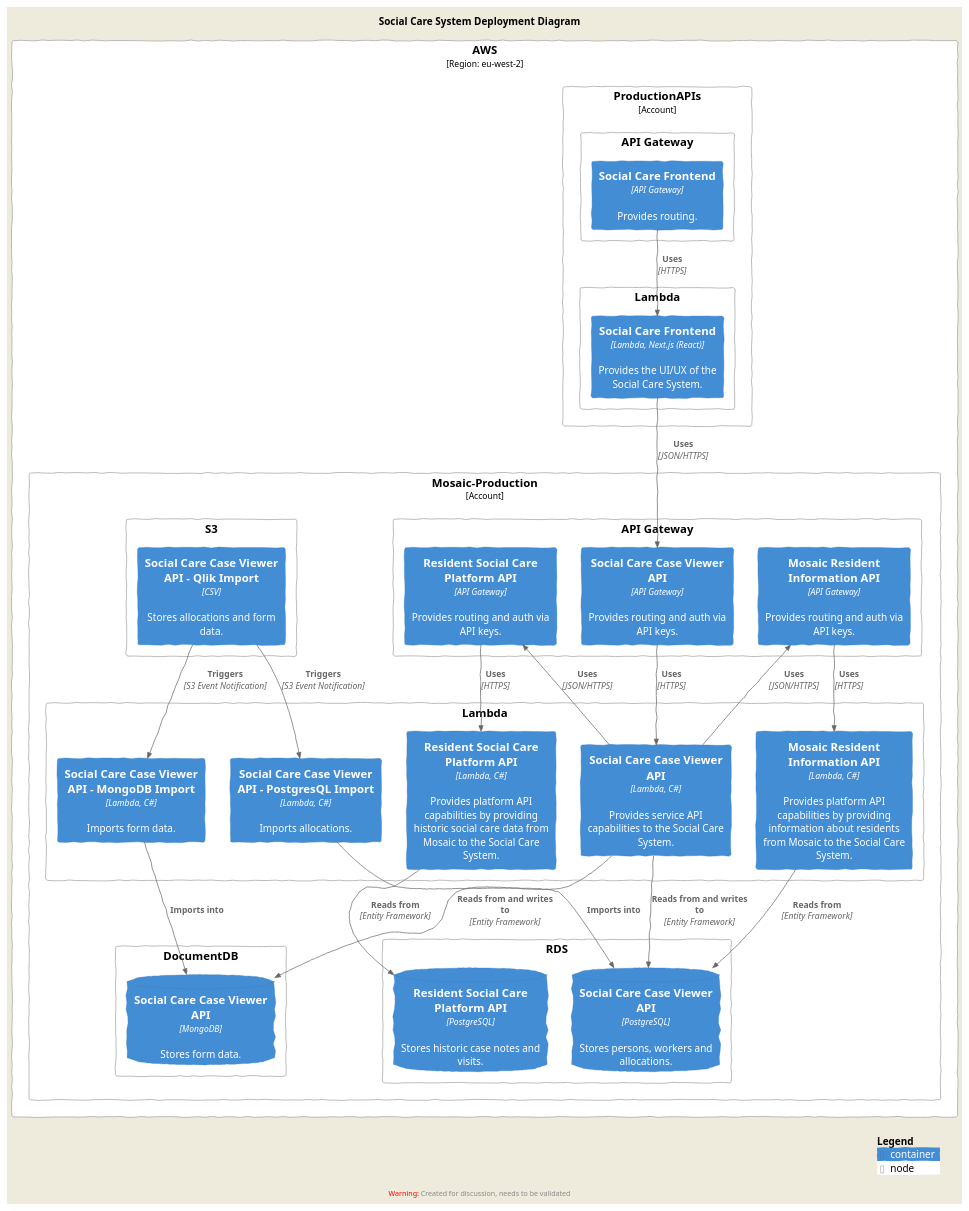
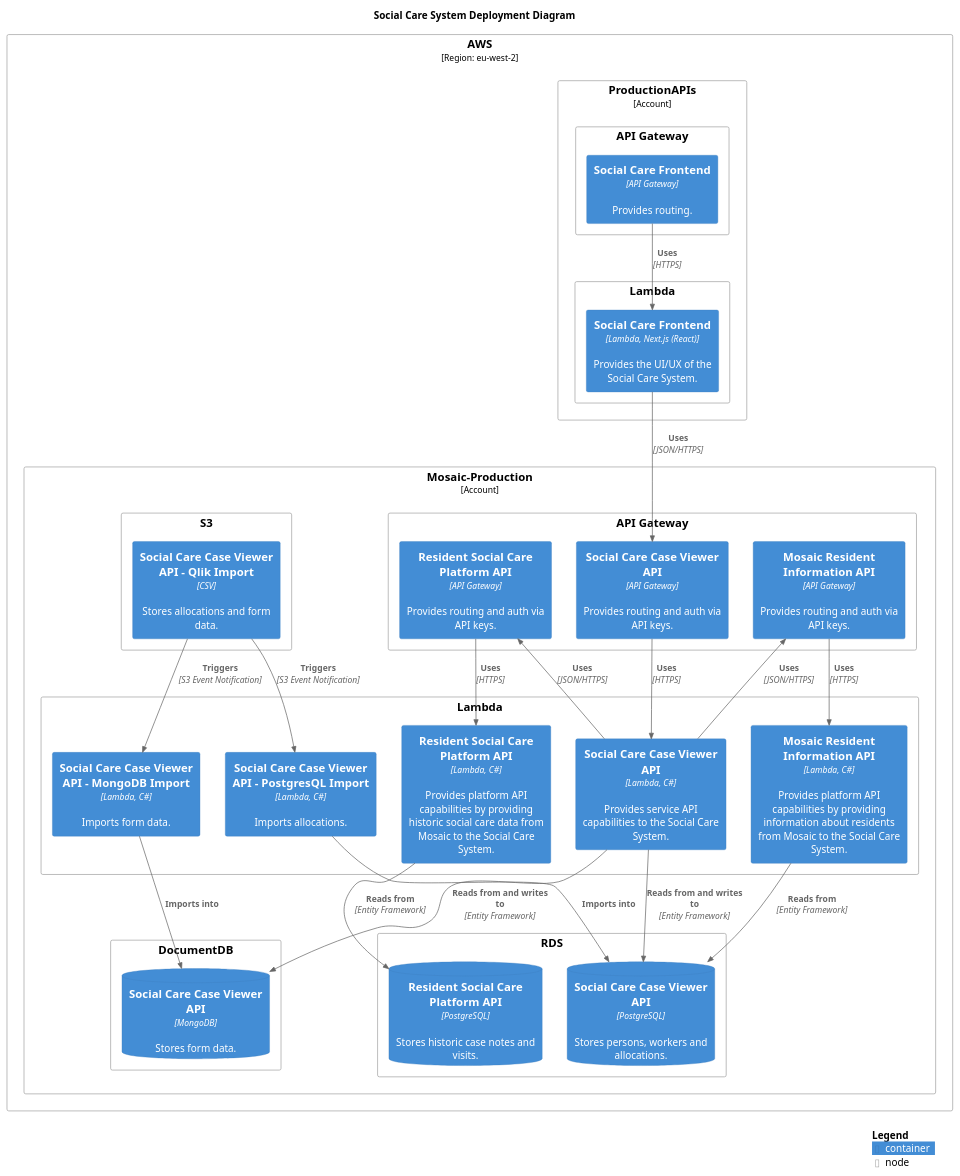
Before and after one commit to LBHackney-IT/social-care-architecture: the diagram in images/deployment.iuml, drawn with PlantUML. The commit also changed 2 other files, not shown here.

Commit message:
Remove LAYOUT_AS_SKETCH for deployment diagram
This is now in action!

```diff
--- a/images/deployment.iuml
+++ b/images/deployment.iuml
@@ -1,77 +1,75 @@
 @startuml
 !include https://raw.githubusercontent.com/plantuml-stdlib/C4-PlantUML/master/C4_Deployment.puml
 
 ' https://github.com/plantuml-stdlib/C4-PlantUML#supported-diagram-types
 ' Example diagram source: https://github.com/plantuml-stdlib/C4-PlantUML/blob/master/samples/C4_Deployment%20Diagram%20Sample%20-%20bigbankplc.puml
 
 ' Following include does not work - ask Ant?
 ' !include https://raw.githubusercontent.com/LBHackney-IT/cv-19-res-support-v3/development/docs/diagrams/c4_shared.puml
-
-LAYOUT_AS_SKETCH()
 
 title Social Care System Deployment Diagram
 
 Deployment_Node(aws, "AWS", "Region: eu-west-2") {
   Deployment_Node(aws_production_apis, "ProductionAPIs", "Account") {
     Deployment_Node(aws_production_apis_api_gateway, "API Gateway") {
       Container(frontend_api_gateway, "Social Care Frontend", "API Gateway", "Provides routing.")
     }
 
     Deployment_Node(aws_production_apis_lambda, "Lambda") {
       Container(frontend_api_lambda, "Social Care Frontend", "Lambda, Next.js (React)", "Provides the UI/UX of the Social Care System.")
     }
   }
 
   Deployment_Node(aws_mosaic_production, "Mosaic-Production", "Account") {
     Deployment_Node(aws_mosaic_production_api_gateway, "API Gateway") {
       Container(service_api_api_gateway, "Social Care Case Viewer API", "API Gateway", "Provides routing and auth via API keys.")
       Container(mosaic_platform_api_api_gateway, "Mosaic Resident Information API", "API Gateway", "Provides routing and auth via API keys.")
       Container(platform_api_api_gateway, "Resident Social Care Platform API", "API Gateway", "Provides routing and auth via API keys.")
     }
 
     Deployment_Node(aws_mosaic_production_lambda, "Lambda") {
       Container(service_api_lambda, "Social Care Case Viewer API", "Lambda, C#", "Provides service API capabilities to the Social Care System.")
       Container(service_api_pg_import_lambda, "Social Care Case Viewer API - PostgresQL Import", "Lambda, C#", "Imports allocations.")
       Container(service_api_mongodb_import_lambda, "Social Care Case Viewer API - MongoDB Import", "Lambda, C#", "Imports form data.")
       Container(mosaic_platform_api_lambda, "Mosaic Resident Information API", "Lambda, C#", "Provides platform API capabilities by providing information about residents from Mosaic to the Social Care System.")
       Container(platform_api_lambda, "Resident Social Care Platform API", "Lambda, C#", "Provides platform API capabilities by providing historic social care data from Mosaic to the Social Care System.")
     }
 
     Deployment_Node(aws_mosaic_production_docdb, "DocumentDB") {
       ContainerDb(service_api_docdb, "Social Care Case Viewer API", "MongoDB", "Stores form data.")
     }
 
     Deployment_Node(aws_mosaic_production_rds, "RDS") {
       ContainerDb(service_api_rds, "Social Care Case Viewer API", "PostgreSQL", "Stores persons, workers and allocations.")
       ContainerDb(platform_api_rds, "Resident Social Care Platform API", "PostgreSQL", "Stores historic case notes and visits.")
     }
 
     Deployment_Node(aws_mosaic_production_s3, "S3") {
       Container(service_api_s3, "Social Care Case Viewer API - Qlik Import", "CSV", "Stores allocations and form data.")
     }
   }
 }
 
 Rel(frontend_api_gateway, frontend_api_lambda, "Uses", "HTTPS")
 Rel(frontend_api_lambda, service_api_api_gateway, "Uses", "JSON/HTTPS")
 
 Rel(service_api_api_gateway, service_api_lambda, "Uses", "HTTPS")
 Rel(service_api_lambda, service_api_rds, "Reads from and writes to", "Entity Framework")
 Rel(service_api_lambda, service_api_docdb, "Reads from and writes to", "Entity Framework")
 
 Rel(service_api_s3, service_api_mongodb_import_lambda, "Triggers", "S3 Event Notification")
 Rel(service_api_mongodb_import_lambda, service_api_docdb, "Imports into")
 
 Rel(service_api_s3, service_api_pg_import_lambda, "Triggers", "S3 Event Notification")
 Rel(service_api_pg_import_lambda, service_api_rds, "Imports into")
 
 Rel(service_api_lambda, mosaic_platform_api_api_gateway, "Uses", "JSON/HTTPS")
 Rel(mosaic_platform_api_api_gateway, mosaic_platform_api_lambda, "Uses", "HTTPS")
 Rel(mosaic_platform_api_lambda, service_api_rds, "Reads from", "Entity Framework")
 
 Rel(service_api_lambda, platform_api_api_gateway, "Uses", "JSON/HTTPS")
 Rel(platform_api_api_gateway, platform_api_lambda, "Uses", "HTTPS")
 Rel(platform_api_lambda, platform_api_rds, "Reads from", "Entity Framework")
 
 SHOW_DYNAMIC_LEGEND()
 @enduml
```
